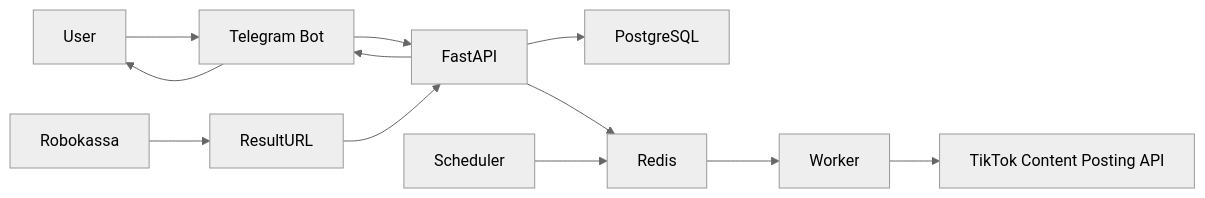
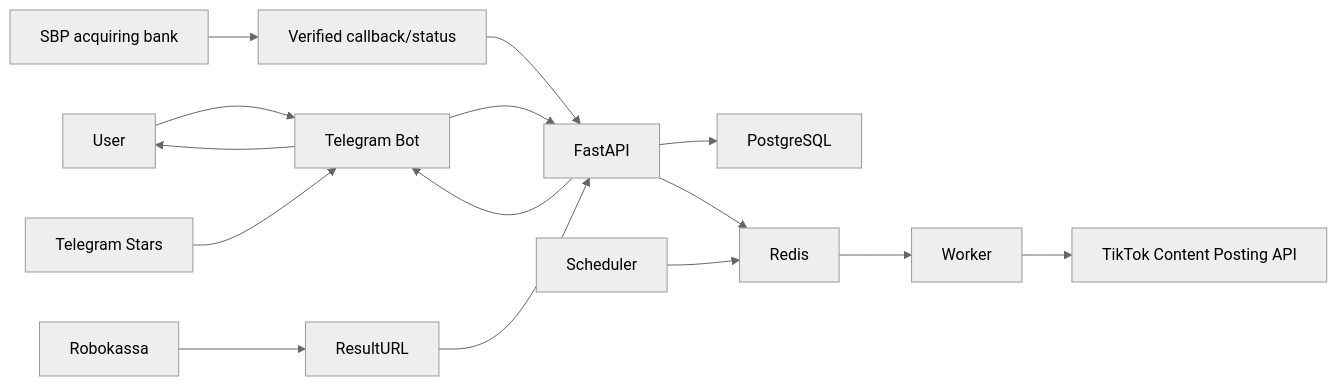
The diagram in docs/component-map.md (kredavto/Tik-Tok-bot-Rus-2), drawn with Mermaid (neutral theme) before and after one commit. The commit also changed other lines of this file and 40 other files, not shown here.

Commit message:
Add Telegram Stars payment flow and SBP policy

````diff
--- a/docs/component-map.md
+++ b/docs/component-map.md
@@ -21,14 +23,17 @@
 ```mermaid
 flowchart LR
     User["User"] --> Bot["Telegram Bot"]
     Bot --> API["FastAPI"]
     API --> DB["PostgreSQL"]
     API --> Redis["Redis"]
     Scheduler["Scheduler"] --> Redis
     Redis --> Worker["Worker"]
     Worker --> TikTok["TikTok Content Posting API"]
+    Stars["Telegram Stars"] --> Bot
     Robokassa["Robokassa"] --> ResultURL["ResultURL"]
+    SBP["SBP acquiring bank"] --> PaymentCallback["Verified callback/status"]
+    PaymentCallback --> API
     ResultURL --> API
     API --> Bot
     Bot --> User
 ```
````
